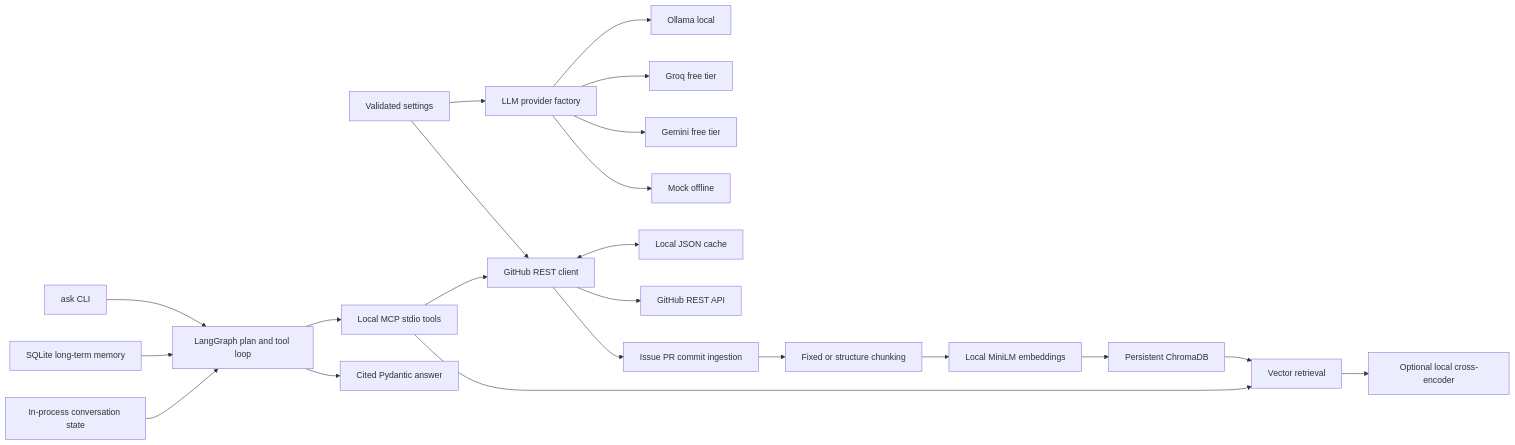
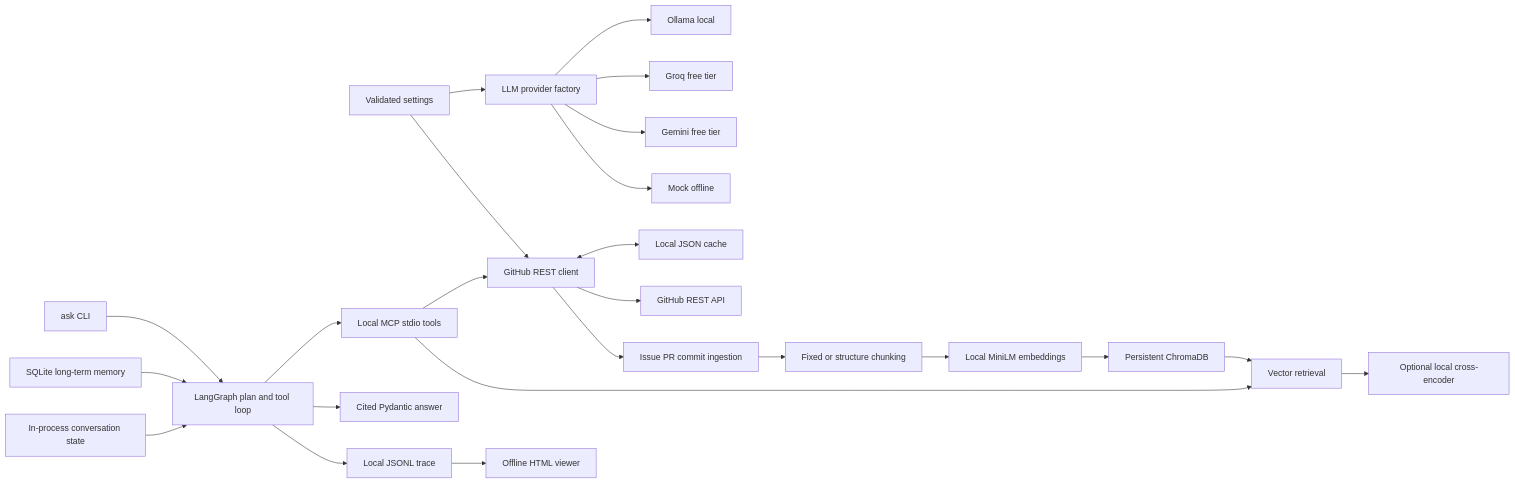
One commit to Madv4/repopulse changed the diagram in README.md. Above: the diagram before and after it, drawn with Mermaid. The commit also changed other lines of this file and 5 other files, not shown here.

Commit message:
Document tracing and ship recorded offline viewer example

````diff
--- a/README.md
+++ b/README.md
@@ -111,24 +124,26 @@
 ```mermaid
 flowchart LR
     Config[Validated settings] --> Factory[LLM provider factory]
     Factory --> Ollama[Ollama local]
     Factory --> Groq[Groq free tier]
     Factory --> Gemini[Gemini free tier]
     Factory --> Mock[Mock offline]
     Config --> GitHub[GitHub REST client]
     GitHub <--> Cache[Local JSON cache]
     GitHub --> API[GitHub REST API]
     GitHub --> Ingest[Issue PR commit ingestion]
     Ingest --> Chunk[Fixed or structure chunking]
     Chunk --> Embed[Local MiniLM embeddings]
     Embed --> Chroma[Persistent ChromaDB]
     Chroma --> Retrieve[Vector retrieval]
     Retrieve --> Rerank[Optional local cross-encoder]
     Ask[ask CLI] --> Agent[LangGraph plan and tool loop]
     Agent --> MCP[Local MCP stdio tools]
     MCP --> GitHub
     MCP --> Retrieve
     Agent --> Answer[Cited Pydantic answer]
     Memory[SQLite long-term memory] --> Agent
     Session[In-process conversation state] --> Agent
+    Agent --> Trace[Local JSONL trace]
+    Trace --> Viewer[Offline HTML viewer]
 ```
````
